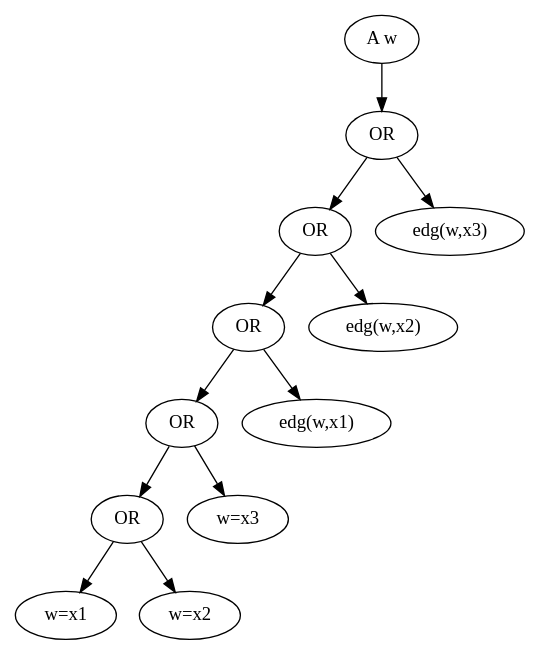
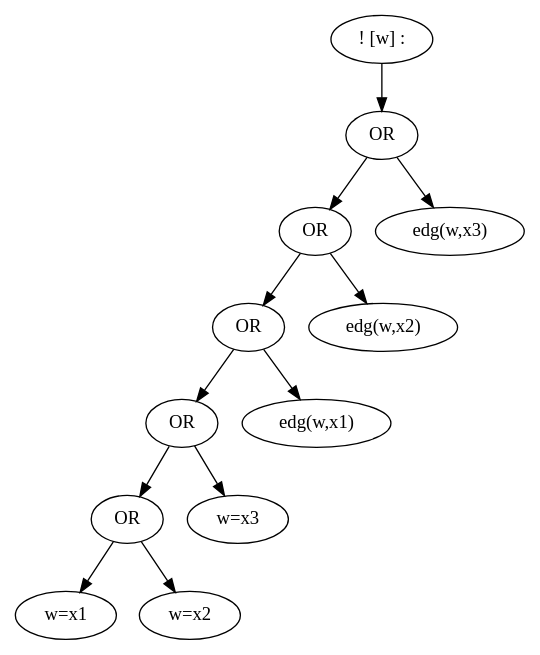
Before and after one commit to toda-lab/pygplib: the diagram in data/f.dot, drawn with Graphviz. The commit also changed 8 other files, not shown here.

```diff
--- a/data/f.dot
+++ b/data/f.dot
@@ -1,25 +1,25 @@
 digraph output {
-	139766581100256 [label = "A w"]
-	139766581137712 [label = OR]
-	139766581100256 -> 139766581137712
-	139766581137616 [label = OR]
-	139766581137712 -> 139766581137616
-	139766581100496 [label = OR]
-	139766581137616 -> 139766581100496
-	139766581099728 [label = OR]
-	139766581100496 -> 139766581099728
-	139766581098384 [label = OR]
-	139766581099728 -> 139766581098384
-	139766581099392 [label = "w=x1"]
-	139766581098384 -> 139766581099392
-	139766581096944 [label = "w=x2"]
-	139766581098384 -> 139766581096944
-	139766581098816 [label = "w=x3"]
-	139766581099728 -> 139766581098816
-	139766581098144 [label = "edg(w,x1)"]
-	139766581100496 -> 139766581098144
-	139766581099584 [label = "edg(w,x2)"]
-	139766581137616 -> 139766581099584
-	139766581099776 [label = "edg(w,x3)"]
-	139766581137712 -> 139766581099776
+	140391887446896 [label = "! [w] :"]
+	140391892245568 [label = OR]
+	140391892245472 [label = OR]
+	140391892245376 [label = OR]
+	140391892244848 [label = OR]
+	140391892244800 [label = OR]
+	140391892244896 [label = "w=x1"]
+	140391892244992 [label = "w=x2"]
+	140391892244800 -> 140391892244896
+	140391892244800 -> 140391892244992
+	140391892245088 [label = "w=x3"]
+	140391892244848 -> 140391892244800
+	140391892244848 -> 140391892245088
+	140391892245184 [label = "edg(w,x1)"]
+	140391892245376 -> 140391892244848
+	140391892245376 -> 140391892245184
+	140391892245280 [label = "edg(w,x2)"]
+	140391892245472 -> 140391892245376
+	140391892245472 -> 140391892245280
+	140391892245328 [label = "edg(w,x3)"]
+	140391892245568 -> 140391892245472
+	140391892245568 -> 140391892245328
+	140391887446896 -> 140391892245568
 }
```
